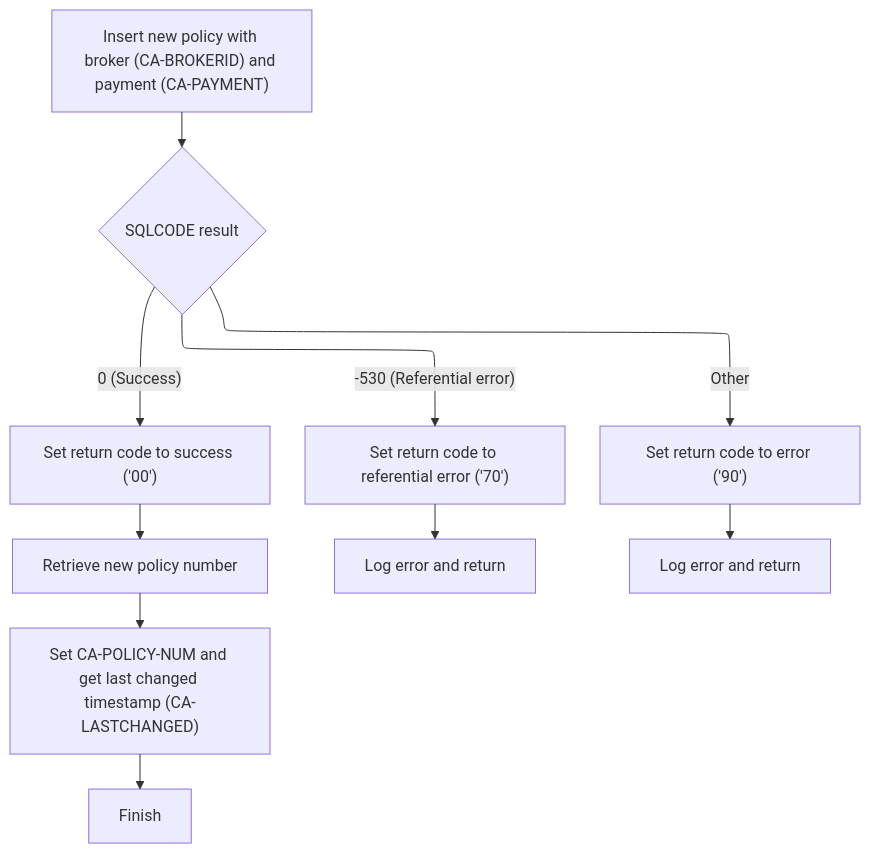
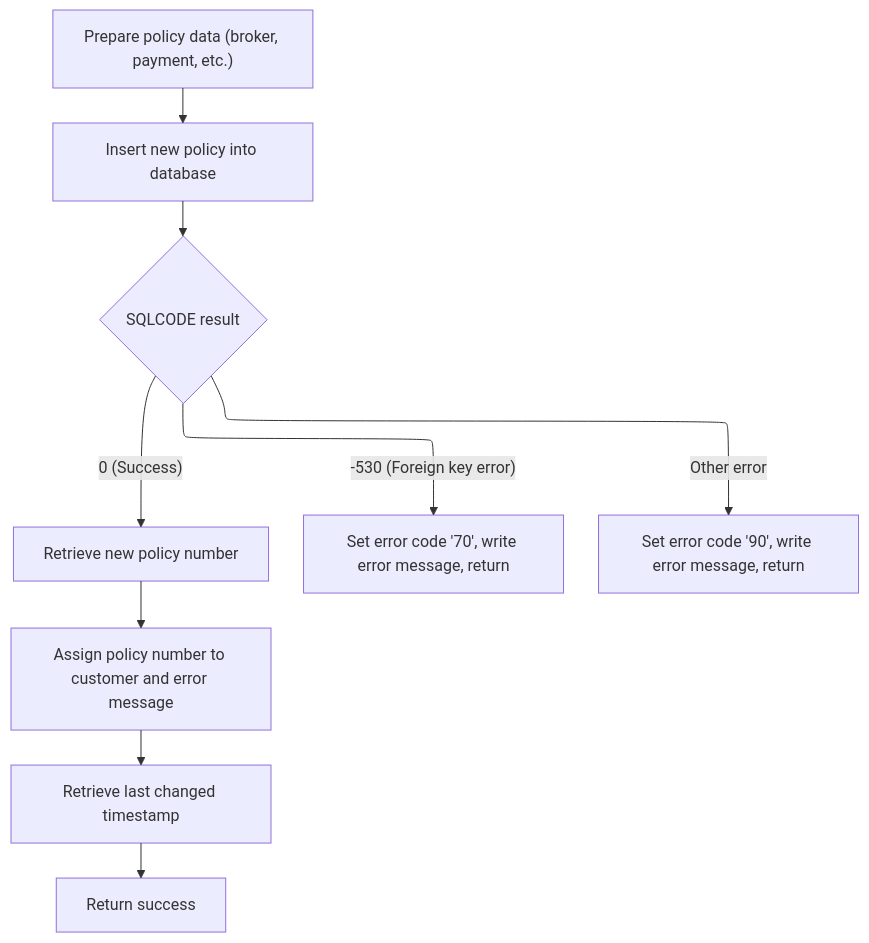
Before and after one commit to Giri-Swimm/Swimmio-genapp-motor: the fifth of 15 diagrams in .swm/inserting-insurance-policy-data-lgapdb09.xwl743qs.sw.md, drawn with Mermaid. The commit also changed other lines of this file and 17 other files, not shown here.

````diff
--- a/.swm/inserting-insurance-policy-data-lgapdb09.xwl743qs.sw.md
+++ b/.swm/inserting-insurance-policy-data-lgapdb09.xwl743qs.sw.md
@@ -909,50 +967,44 @@
 ```mermaid
 %%{init: {"flowchart": {"defaultRenderer": "elk"}} }%%
 flowchart TD
-    node1["Insert new policy with broker (CA-BROKERID) and payment (CA-PAYMENT)"] --> node2{"SQLCODE result"}
-    click node1 openCode "base/src/lgapdb09.cbl:283:307"
-    node2 -->|"0 (Success)"| node3["Set return code to success ('00')"]
-    click node2 openCode "base/src/lgapdb09.cbl:309:324"
-    click node3 openCode "base/src/lgapdb09.cbl:311:312"
-    node3 --> node4["Retrieve new policy number"]
+    node1["Prepare policy data (broker, payment, etc.)"] --> node2["Insert new policy into database"]
+    click node1 openCode "base/src/lgapdb09.cbl:283:286"
+    click node2 openCode "base/src/lgapdb09.cbl:287:307"
+    node2 --> node3{"SQLCODE result"}
+    click node3 openCode "base/src/lgapdb09.cbl:309:324"
+    node3 -->|"0 (Success)"| node4["Retrieve new policy number"]
     click node4 openCode "base/src/lgapdb09.cbl:326:328"
-    node4 --> node5["Set CA-POLICY-NUM and get last changed timestamp (CA-LASTCHANGED)"]
-    click node5 openCode "base/src/lgapdb09.cbl:329:337"
-    node5 --> node6["Finish"]
-    click node6 openCode "base/src/lgapdb09.cbl:338:338"
-    node2 -->|"-530 (Referential error)"| node7["Set return code to referential error ('70')"]
-    click node7 openCode "base/src/lgapdb09.cbl:314:315"
-    node7 --> node8["Log error and return"]
-    click node8 openCode "base/src/lgapdb09.cbl:316:317"
-    node2 -->|"Other"| node9["Set return code to error ('90')"]
-    click node9 openCode "base/src/lgapdb09.cbl:320:321"
-    node9 --> node10["Log error and return"]
-    click node10 openCode "base/src/lgapdb09.cbl:322:323"
-
+    node4 --> node5["Assign policy number to customer and error message"]
+    click node5 openCode "base/src/lgapdb09.cbl:329:330"
+    node5 --> node6["Retrieve last changed timestamp"]
+    click node6 openCode "base/src/lgapdb09.cbl:332:337"
+    node6 --> node7["Return success"]
+    click node7 openCode "base/src/lgapdb09.cbl:338:338"
+    node3 -->|"-530 (Foreign key error)"| node8["Set error code '70', write error message, return"]
+    click node8 openCode "base/src/lgapdb09.cbl:315:317"
+    node3 -->|"Other error"| node9["Set error code '90', write error message, return"]
+    click node9 openCode "base/src/lgapdb09.cbl:320:322"
 classDef HeadingStyle fill:#777777,stroke:#333,stroke-width:2px;
 
 %% Swimm:
 %% %%{init: {"flowchart": {"defaultRenderer": "elk"}} }%%
 %% flowchart TD
-%%     node1["Insert new policy with broker (<SwmToken path="base/src/lgapdb09.cbl" pos="283:3:5" line-data="           MOVE CA-BROKERID TO DB2-BROKERID-INT">`CA-BROKERID`</SwmToken>) and payment (<SwmToken path="base/src/lgapdb09.cbl" pos="284:3:5" line-data="           MOVE CA-PAYMENT TO DB2-PAYMENT-INT">`CA-PAYMENT`</SwmToken>)"] --> node2{"SQLCODE result"}
-%%     click node1 openCode "<SwmPath>[base/src/lgapdb09.cbl](base/src/lgapdb09.cbl)</SwmPath>:283:307"
-%%     node2 -->|"0 (Success)"| node3["Set return code to success ('00')"]
-%%     click node2 openCode "<SwmPath>[base/src/lgapdb09.cbl](base/src/lgapdb09.cbl)</SwmPath>:309:324"
-%%     click node3 openCode "<SwmPath>[base/src/lgapdb09.cbl](base/src/lgapdb09.cbl)</SwmPath>:311:312"
-%%     node3 --> node4["Retrieve new policy number"]
+%%     node1["Prepare policy data (broker, payment, etc.)"] --> node2["Insert new policy into database"]
+%%     click node1 openCode "<SwmPath>[base/src/lgapdb09.cbl](base/src/lgapdb09.cbl)</SwmPath>:283:286"
+%%     click node2 openCode "<SwmPath>[base/src/lgapdb09.cbl](base/src/lgapdb09.cbl)</SwmPath>:287:307"
+%%     node2 --> node3{"SQLCODE result"}
+%%     click node3 openCode "<SwmPath>[base/src/lgapdb09.cbl](base/src/lgapdb09.cbl)</SwmPath>:309:324"
+%%     node3 -->|"0 (Success)"| node4["Retrieve new policy number"]
 %%     click node4 openCode "<SwmPath>[base/src/lgapdb09.cbl](base/src/lgapdb09.cbl)</SwmPath>:326:328"
-%%     node4 --> node5["Set <SwmToken path="base/src/lgapdb09.cbl" pos="329:11:15" line-data="           MOVE DB2-POLICYNUM-INT TO CA-POLICY-NUM">`CA-POLICY-NUM`</SwmToken> and get last changed timestamp (<SwmToken path="base/src/lgapdb09.cbl" pos="334:4:6" line-data="               INTO :CA-LASTCHANGED">`CA-LASTCHANGED`</SwmToken>)"]
-%%     click node5 openCode "<SwmPath>[base/src/lgapdb09.cbl](base/src/lgapdb09.cbl)</SwmPath>:329:337"
-%%     node5 --> node6["Finish"]
-%%     click node6 openCode "<SwmPath>[base/src/lgapdb09.cbl](base/src/lgapdb09.cbl)</SwmPath>:338:338"
-%%     node2 -->|"-530 (Referential error)"| node7["Set return code to referential error ('70')"]
-%%     click node7 openCode "<SwmPath>[base/src/lgapdb09.cbl](base/src/lgapdb09.cbl)</SwmPath>:314:315"
-%%     node7 --> node8["Log error and return"]
-%%     click node8 openCode "<SwmPath>[base/src/lgapdb09.cbl](base/src/lgapdb09.cbl)</SwmPath>:316:317"
-%%     node2 -->|"Other"| node9["Set return code to error ('90')"]
-%%     click node9 openCode "<SwmPath>[base/src/lgapdb09.cbl](base/src/lgapdb09.cbl)</SwmPath>:320:321"
-%%     node9 --> node10["Log error and return"]
-%%     click node10 openCode "<SwmPath>[base/src/lgapdb09.cbl](base/src/lgapdb09.cbl)</SwmPath>:322:323"
-%% 
+%%     node4 --> node5["Assign policy number to customer and error message"]
+%%     click node5 openCode "<SwmPath>[base/src/lgapdb09.cbl](base/src/lgapdb09.cbl)</SwmPath>:329:330"
+%%     node5 --> node6["Retrieve last changed timestamp"]
+%%     click node6 openCode "<SwmPath>[base/src/lgapdb09.cbl](base/src/lgapdb09.cbl)</SwmPath>:332:337"
+%%     node6 --> node7["Return success"]
+%%     click node7 openCode "<SwmPath>[base/src/lgapdb09.cbl](base/src/lgapdb09.cbl)</SwmPath>:338:338"
+%%     node3 -->|"-530 (Foreign key error)"| node8["Set error code '70', write error message, return"]
+%%     click node8 openCode "<SwmPath>[base/src/lgapdb09.cbl](base/src/lgapdb09.cbl)</SwmPath>:315:317"
+%%     node3 -->|"Other error"| node9["Set error code '90', write error message, return"]
+%%     click node9 openCode "<SwmPath>[base/src/lgapdb09.cbl](base/src/lgapdb09.cbl)</SwmPath>:320:322"
 %% classDef HeadingStyle fill:#777777,stroke:#333,stroke-width:2px;
 ```
````
